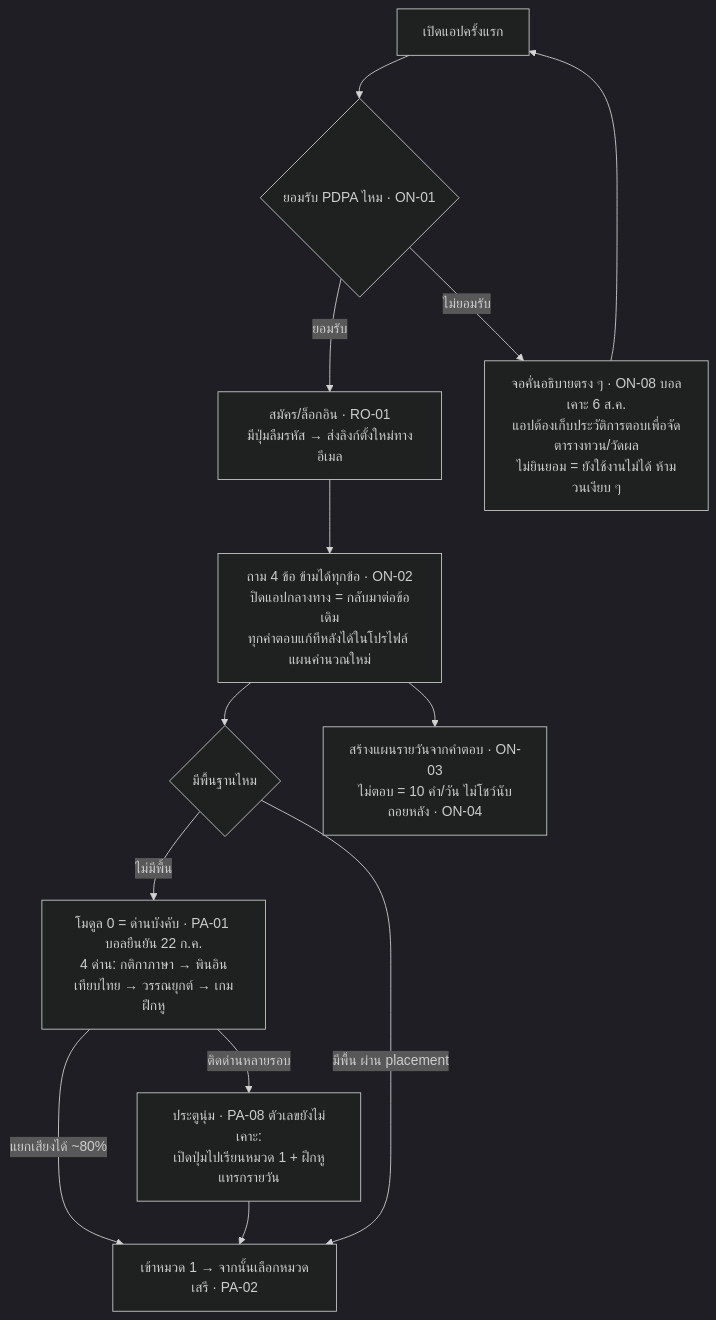
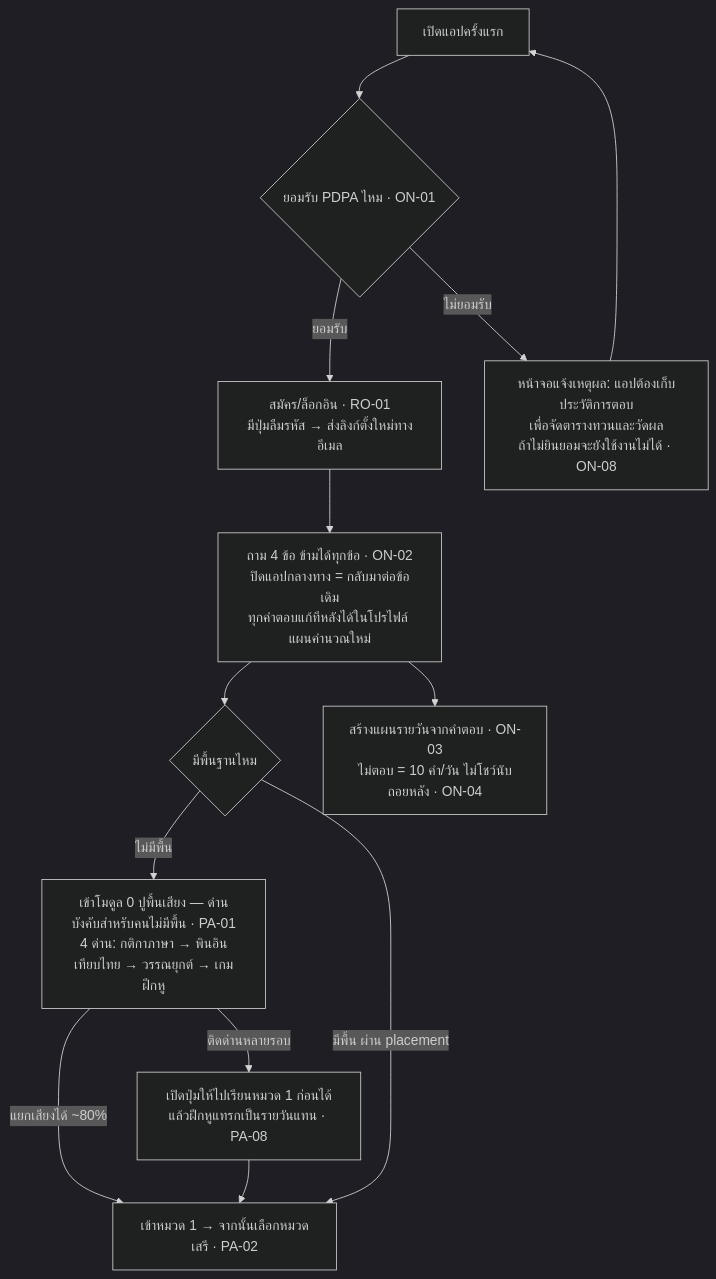
The first of 6 diagrams in docs/08_สเปค-พัฒนา/โฟลว์ผู้ใช้-สิทธิ์แอดมิน.md (barbon441/Intelligent-Chinese-Tutoring-System-for-Thai-Learners), drawn with Mermaid (dark theme) before and after one commit. The commit also changed other lines of this file and 1 other file, not shown here.

Commit message:
Flow diagrams: plain working language only — decision provenance moved out of boxes into rulebook (Ball's feedback); rule codes kept as compact cross-refs

````diff
--- a/docs/08_สเปค-พัฒนา/โฟลว์ผู้ใช้-สิทธิ์แอดมิน.md
+++ b/docs/08_สเปค-พัฒนา/โฟลว์ผู้ใช้-สิทธิ์แอดมิน.md
@@ -44,15 +44,15 @@
 ```mermaid
 flowchart TD
     A[เปิดแอปครั้งแรก] --> B{ยอมรับ PDPA ไหม · ON-01}
     B -- ยอมรับ --> C[สมัคร/ล็อกอิน · RO-01<br/>มีปุ่มลืมรหัส → ส่งลิงก์ตั้งใหม่ทางอีเมล]
-    B -- ไม่ยอมรับ --> B2[จอคั่นอธิบายตรง ๆ · ON-08 บอลเคาะ 6 ส.ค.<br/>แอปต้องเก็บประวัติการตอบเพื่อจัดตารางทวน/วัดผล<br/>ไม่ยินยอม = ยังใช้งานไม่ได้ ห้ามวนเงียบ ๆ]
+    B -- ไม่ยอมรับ --> B2[หน้าจอแจ้งเหตุผล: แอปต้องเก็บประวัติการตอบ<br/>เพื่อจัดตารางทวนและวัดผล<br/>ถ้าไม่ยินยอมจะยังใช้งานไม่ได้ · ON-08]
     B2 --> A
     C --> D[ถาม 4 ข้อ ข้ามได้ทุกข้อ · ON-02<br/>ปิดแอปกลางทาง = กลับมาต่อข้อเดิม<br/>ทุกคำตอบแก้ทีหลังได้ในโปรไฟล์ แผนคำนวณใหม่]
     D --> E{มีพื้นฐานไหม}
-    E -- ไม่มีพื้น --> F[โมดูล 0 = ด่านบังคับ · PA-01 บอลยืนยัน 22 ก.ค.<br/>4 ด่าน: กติกาภาษา → พินอินเทียบไทย → วรรณยุกต์ → เกมฝึกหู]
+    E -- ไม่มีพื้น --> F[เข้าโมดูล 0 ปูพื้นเสียง — ด่านบังคับสำหรับคนไม่มีพื้น · PA-01<br/>4 ด่าน: กติกาภาษา → พินอินเทียบไทย → วรรณยุกต์ → เกมฝึกหู]
     F -- แยกเสียงได้ ~80% --> G[เข้าหมวด 1 → จากนั้นเลือกหมวดเสรี · PA-02]
-    F -- ติดด่านหลายรอบ --> H[ประตูนุ่ม · PA-08 ตัวเลขยังไม่เคาะ:<br/>เปิดปุ่มไปเรียนหมวด 1 + ฝึกหูแทรกรายวัน]
+    F -- ติดด่านหลายรอบ --> H[เปิดปุ่มให้ไปเรียนหมวด 1 ก่อนได้<br/>แล้วฝึกหูแทรกเป็นรายวันแทน · PA-08]
     E -- มีพื้น ผ่าน placement --> G
     H --> G
     D --> I[สร้างแผนรายวันจากคำตอบ · ON-03<br/>ไม่ตอบ = 10 คำ/วัน ไม่โชว์นับถอยหลัง · ON-04]
 ```
````
